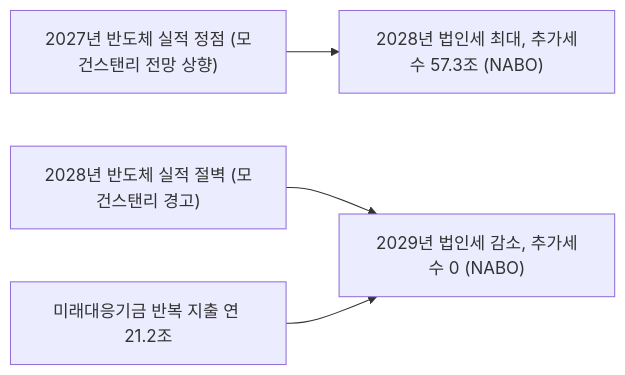
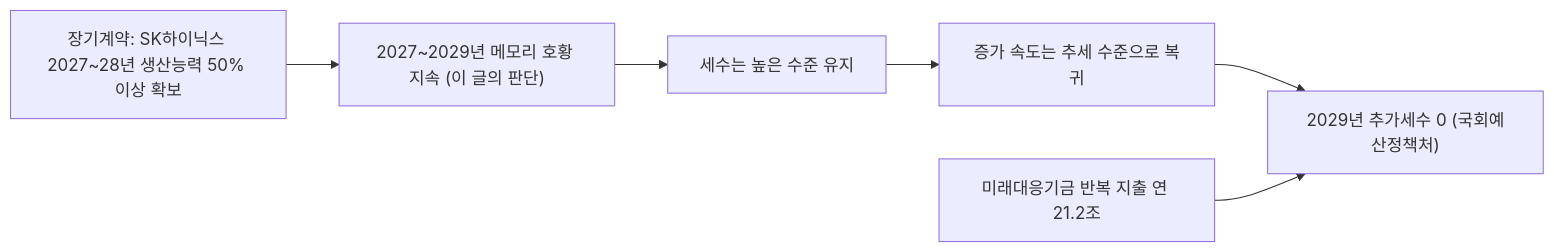
One commit to zeta4lab/zeta4now changed the diagram in news/economy/2026/11/2026-11-11-morgan-stanley-chip-cliff-future-fund.md. Above: the diagram before and after it, drawn with Mermaid. The commit also changed other lines of this file, not shown here.

Commit message:
content: 반도체 절벽은 과장됐다, 그래도 162조 미래대응기금의 돈줄은 2029년에 마른다 정정 (#106)

````diff
--- a/news/economy/2026/11/2026-11-11-morgan-stanley-chip-cliff-future-fund.md
+++ b/news/economy/2026/11/2026-11-11-morgan-stanley-chip-cliff-future-fund.md
@@ -38,6 +42,8 @@
 ```mermaid
 flowchart LR
-  A["2027년 반도체 실적 정점 (모건스탠리 전망 상향)"] --> B["2028년 법인세 최대, 추가세수 57.3조 (NABO)"]
-  C["2028년 반도체 실적 절벽 (모건스탠리 경고)"] --> D["2029년 법인세 감소, 추가세수 0 (NABO)"]
-  E["미래대응기금 반복 지출 연 21.2조"] --> D
+  A["장기계약: SK하이닉스 2027~28년 생산능력 50% 이상 확보"] --> B["2027~2029년 메모리 호황 지속 (이 글의 판단)"]
+  B --> C["세수는 높은 수준 유지"]
+  C --> D["증가 속도는 추세 수준으로 복귀"]
+  D --> E["2029년 추가세수 0 (국회예산정책처)"]
+  F["미래대응기금 반복 지출 연 21.2조"] --> E
 ```
````
